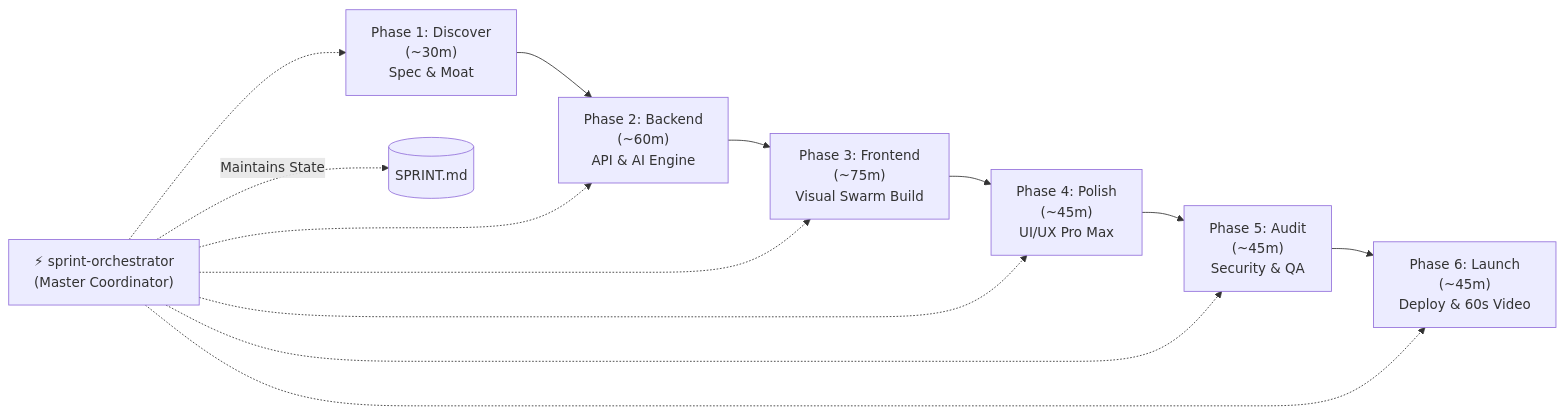
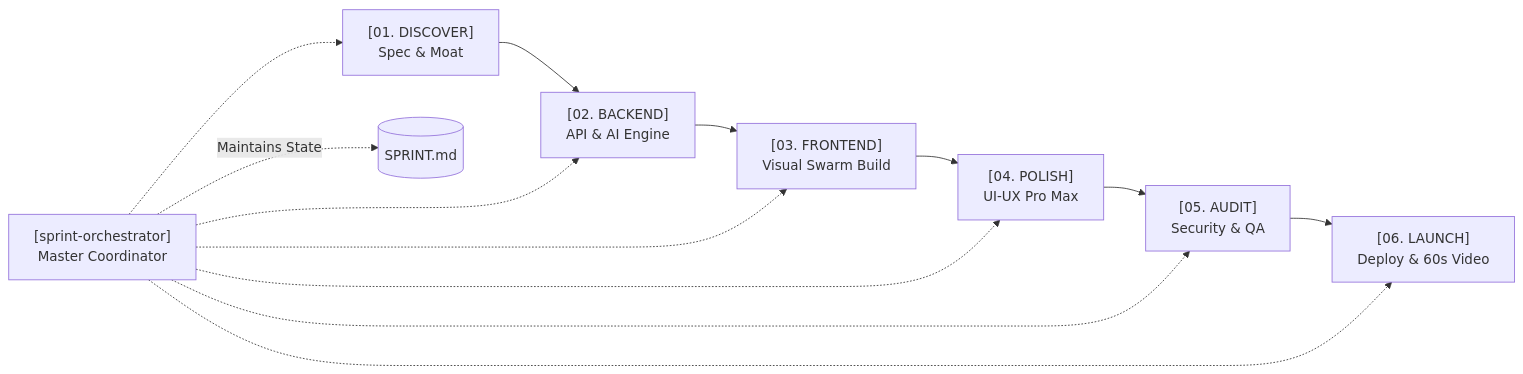
Before and after one commit to VihaanR/sprint-system: the first of 2 diagrams in README.md, drawn with Mermaid. The commit also changed other lines of this file and 2 other files, not shown here.

````diff
--- a/README.md
+++ b/README.md
@@ -25,16 +36,16 @@
 ```mermaid
 flowchart LR
-    P1["Phase 1: Discover<br/>(~30m)<br/>Spec & Moat"] --> P2["Phase 2: Backend<br/>(~60m)<br/>API & AI Engine"]
-    P2 --> P3["Phase 3: Frontend<br/>(~75m)<br/>Visual Swarm Build"]
-    P3 --> P4["Phase 4: Polish<br/>(~45m)<br/>UI/UX Pro Max"]
-    P4 --> P5["Phase 5: Audit<br/>(~45m)<br/>Security & QA"]
-    P5 --> P6["Phase 6: Launch<br/>(~45m)<br/>Deploy & 60s Video"]
+    P1["[01. DISCOVER]<br/>Spec & Moat"] --> P2["[02. BACKEND]<br/>API & AI Engine"]
+    P2 --> P3["[03. FRONTEND]<br/>Visual Swarm Build"]
+    P3 --> P4["[04. POLISH]<br/>UI-UX Pro Max"]
+    P4 --> P5["[05. AUDIT]<br/>Security & QA"]
+    P5 --> P6["[06. LAUNCH]<br/>Deploy & 60s Video"]
 
-    SO["⚡ sprint-orchestrator<br/>(Master Coordinator)"] -.->|Maintains State| SPRINT[("SPRINT.md")]
+    SO["[sprint-orchestrator]<br/>Master Coordinator"] -.->|Maintains State| SPRINT[("SPRINT.md")]
     SO -.-> P1
     SO -.-> P2
     SO -.-> P3
     SO -.-> P4
     SO -.-> P5
     SO -.-> P6
 ```
````
